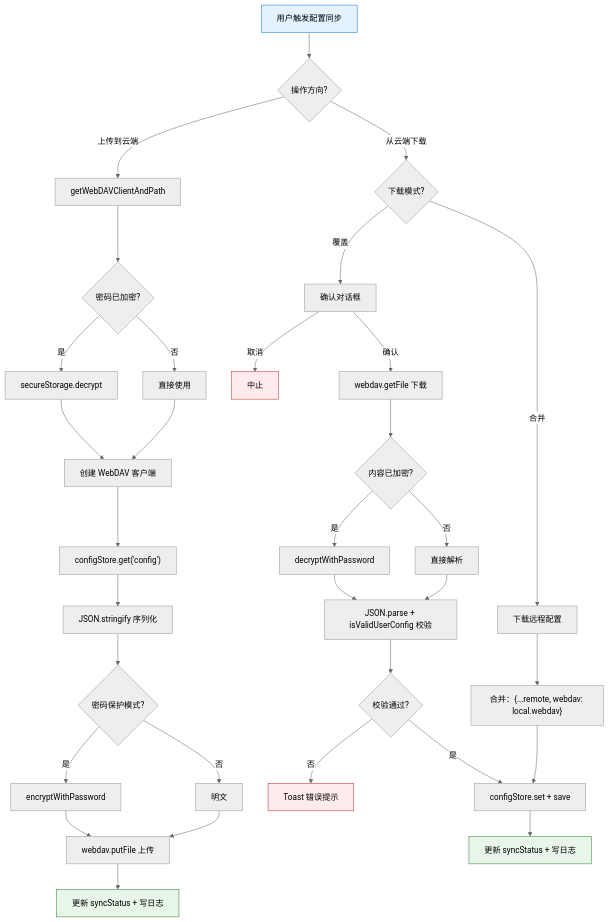
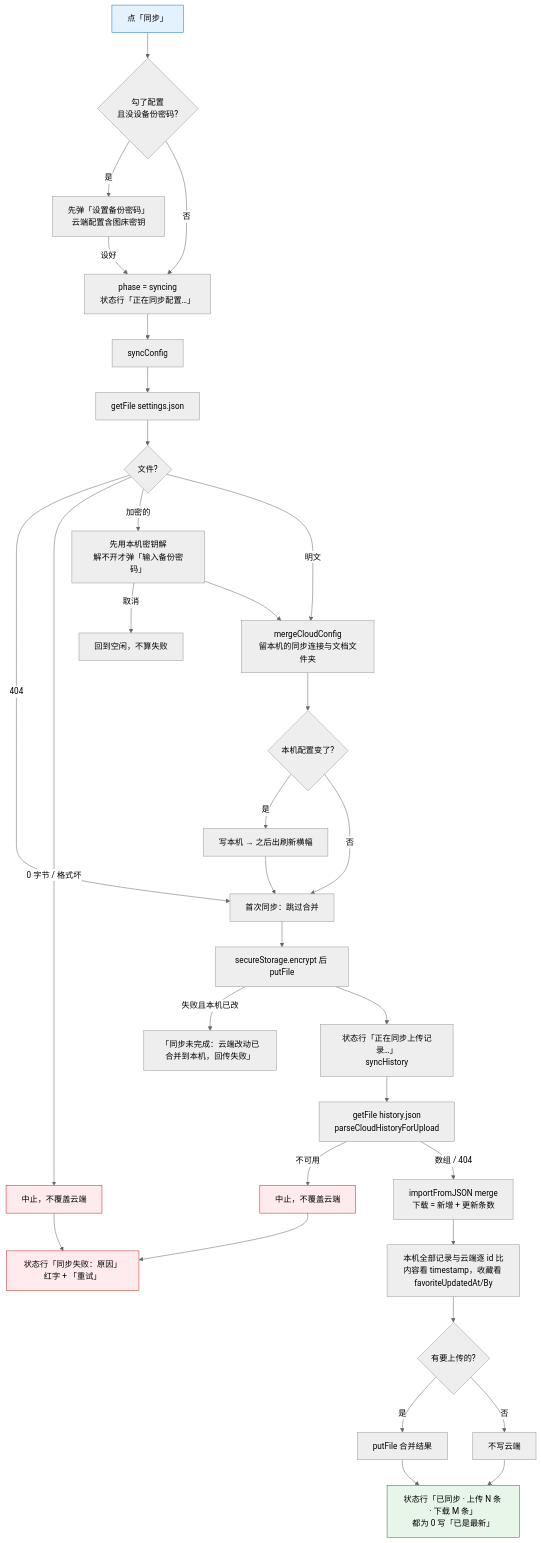
Before and after one commit to joeyliu6/PicNexus: the first of 2 diagrams in docs/flows/sync-flow.md, drawn with Mermaid (neutral theme). The commit also changed other lines of this file and 16 other files, not shown here.

Commit message:
docs: flows, reference and design docs describe the new settings page, sync and update flow

````diff
--- a/docs/flows/sync-flow.md
+++ b/docs/flows/sync-flow.md
@@ -13,43 +13,41 @@
 ```mermaid
 flowchart TD
-    A[用户触发配置同步] --> B{操作方向?}
+    A[点「同步」] --> A1{勾了配置<br/>且没设备份密码?}
+    A1 -- 是 --> A2[先弹「设置备份密码」<br/>云端配置含图床密钥]
+    A1 -- 否 --> B[phase = syncing<br/>状态行「正在同步配置…」]
+    A2 -- 设好 --> B
 
-    %% 上传配置
-    B -- 上传到云端 --> C[getWebDAVClientAndPath]
-    C --> C1{密码已加密?}
-    C1 -- 是 --> C2[secureStorage.decrypt]
-    C1 -- 否 --> C3[直接使用]
-    C2 & C3 --> D[创建 WebDAV 客户端]
-    D --> E["configStore.get('config')"]
-    E --> F[JSON.stringify 序列化]
-    F --> G{密码保护模式?}
-    G -- 是 --> G1[encryptWithPassword]
-    G -- 否 --> G2[明文]
-    G1 & G2 --> H[webdav.putFile 上传]
-    H --> I[更新 syncStatus + 写日志]
+    B --> C[syncConfig]
+    C --> C1[getFile settings.json]
+    C1 --> C2{文件?}
+    C2 -- 404 --> C5[首次同步：跳过合并]
+    C2 -- 0 字节 / 格式坏 --> CX[中止，不覆盖云端]
+    C2 -- 加密的 --> C3[先用本机密钥解<br/>解不开才弹「输入备份密码」]
+    C3 -- 取消 --> CC[回到空闲，不算失败]
+    C3 --> C4[mergeCloudConfig<br/>留本机的同步连接与文档文件夹]
+    C2 -- 明文 --> C4
+    C4 --> C6{本机配置变了?}
+    C6 -- 是 --> C7[写本机 → 之后出刷新横幅]
+    C6 -- 否 --> C5
+    C7 --> C5
+    C5 --> C8[secureStorage.encrypt 后 putFile]
+    C8 -- 失败且本机已改 --> CP[「同步未完成：云端改动已合并到本机，回传失败」]
 
-    %% 下载配置
-    B -- 从云端下载 --> J{下载模式?}
-    J -- 覆盖 --> K[确认对话框]
-    K -- 取消 --> K1[中止]
-    K -- 确认 --> L[webdav.getFile 下载]
-    L --> M{内容已加密?}
-    M -- 是 --> M1[decryptWithPassword]
-    M -- 否 --> M2[直接解析]
-    M1 & M2 --> N[JSON.parse + isValidUserConfig 校验]
-    N --> N1{校验通过?}
-    N1 -- 否 --> N2[Toast 错误提示]
-    N1 -- 是 --> O[configStore.set + save]
-    O --> P[更新 syncStatus + 写日志]
+    C8 --> D[状态行「正在同步上传记录…」<br/>syncHistory]
+    D --> D1[getFile history.json<br/>parseCloudHistoryForUpload]
+    D1 -- 不可用 --> DX[中止，不覆盖云端]
+    D1 -- 数组 / 404 --> D2[importFromJSON merge<br/>下载 = 新增 + 更新条数]
+    D2 --> D3[本机全部记录与云端逐 id 比<br/>内容看 timestamp，收藏看 favoriteUpdatedAt/By]
+    D3 --> D4{有要上传的?}
+    D4 -- 是 --> D5[putFile 合并结果]
+    D4 -- 否 --> D6[不写云端]
+    D5 & D6 --> E[状态行「已同步 · 上传 N 条 · 下载 M 条」<br/>都为 0 写「已是最新」]
 
-    J -- 合并 --> Q[下载远程配置]
-    Q --> R["合并：{...remote, webdav: local.webdav}"]
-    R --> O
+    CX & DX --> F[状态行「同步失败：原因」红字 + 「重试」]
 
-    %% 样式
     style A fill:#e3f2fd,stroke:#1976d2
-    style I fill:#e8f5e9,stroke:#2e7d32
-    style P fill:#e8f5e9,stroke:#2e7d32
-    style K1 fill:#ffebee,stroke:#c62828
-    style N2 fill:#ffebee,stroke:#c62828
+    style E fill:#e8f5e9,stroke:#2e7d32
+    style CX fill:#ffebee,stroke:#c62828
+    style DX fill:#ffebee,stroke:#c62828
+    style F fill:#ffebee,stroke:#c62828
 ```
````
